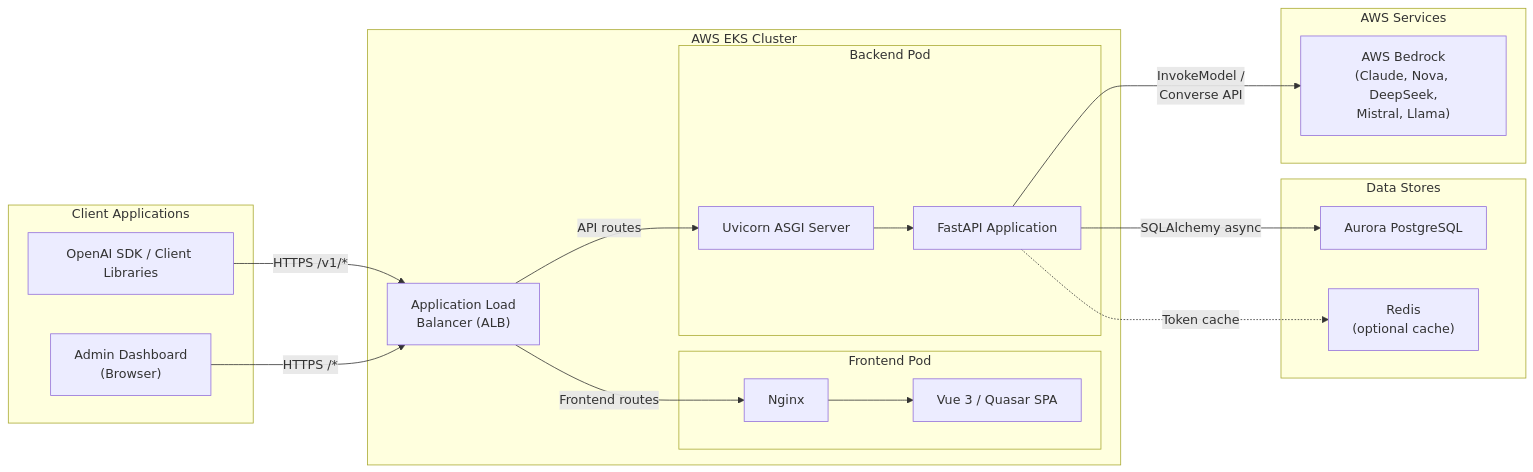
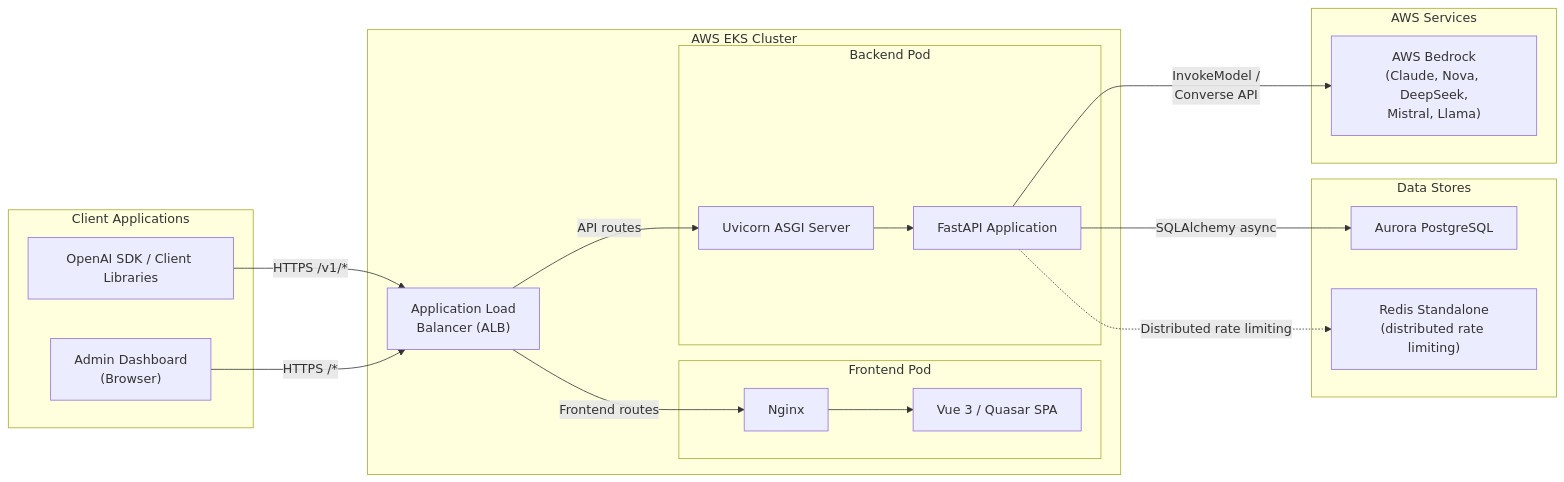
The first of 9 diagrams in docs/architecture.md (aws-samples/sample-kolya-br-proxy), drawn with Mermaid before and after one commit. The commit also changed other lines of this file and 45 other files, not shown here.

````diff
--- a/docs/architecture.md
+++ b/docs/architecture.md
@@ -24,40 +24,40 @@
 ```mermaid
 graph LR
     subgraph Clients ["Client Applications"]
         OAI["OpenAI SDK / Client Libraries"]
         Browser["Admin Dashboard<br/>(Browser)"]
     end
 
     subgraph AWS_EKS ["AWS EKS Cluster"]
         subgraph Frontend_Pod ["Frontend Pod"]
             Nginx["Nginx"]
             Vue["Vue 3 / Quasar SPA"]
         end
 
         subgraph Backend_Pod ["Backend Pod"]
             Uvicorn["Uvicorn ASGI Server"]
             FastAPI["FastAPI Application"]
         end
 
         ALB["Application Load<br/>Balancer (ALB)"]
     end
 
     subgraph Data_Stores ["Data Stores"]
         PG["Aurora PostgreSQL"]
-        Redis["Redis<br/>(optional cache)"]
+        Redis["Redis Standalone<br/>(distributed rate limiting)"]
     end
 
     subgraph AWS_Services ["AWS Services"]
         Bedrock["AWS Bedrock<br/>(Claude, Nova, DeepSeek,<br/>Mistral, Llama)"]
     end
 
     OAI -->|"HTTPS /v1/*"| ALB
     Browser -->|"HTTPS /*"| ALB
     ALB -->|"Frontend routes"| Nginx
     ALB -->|"API routes"| Uvicorn
     Nginx --> Vue
     Uvicorn --> FastAPI
     FastAPI -->|"InvokeModel /<br/>Converse API"| Bedrock
     FastAPI -->|"SQLAlchemy async"| PG
-    FastAPI -.->|"Token cache"| Redis
+    FastAPI -.->|"Distributed rate limiting"| Redis
 ```
````
